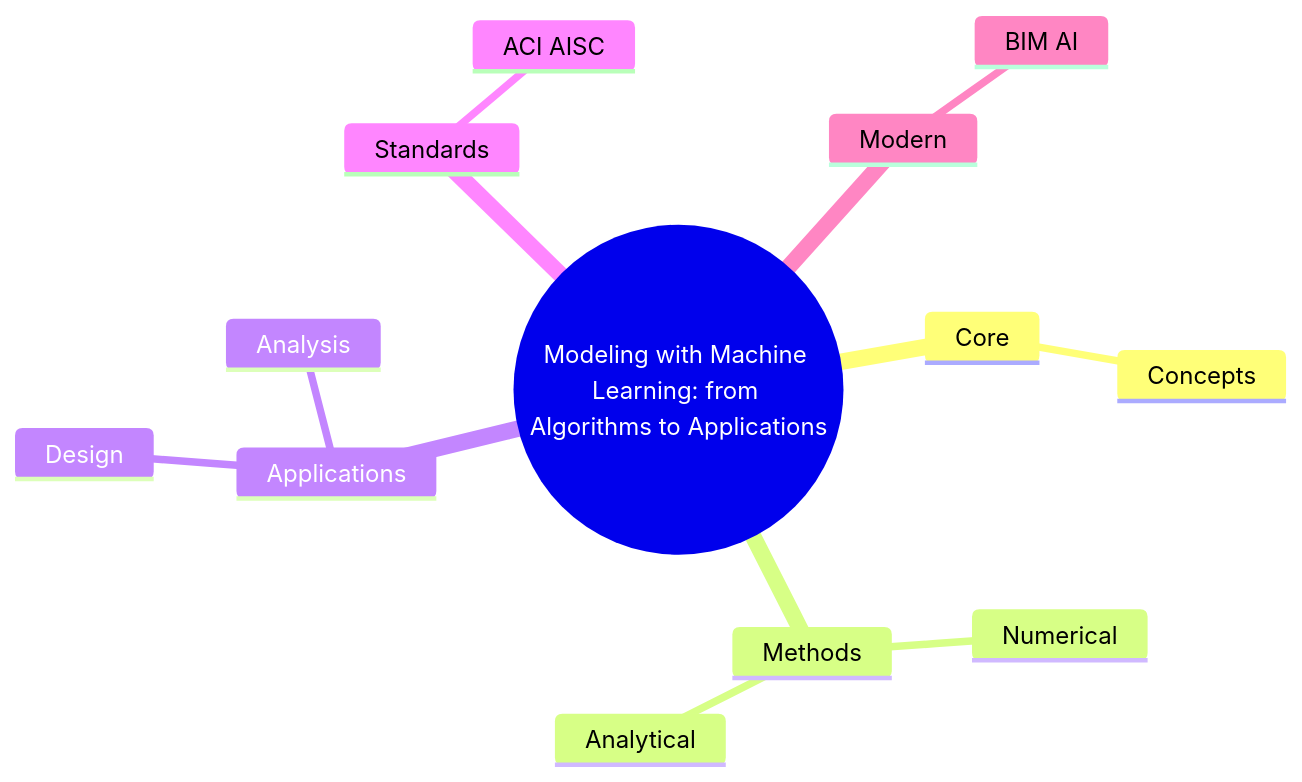
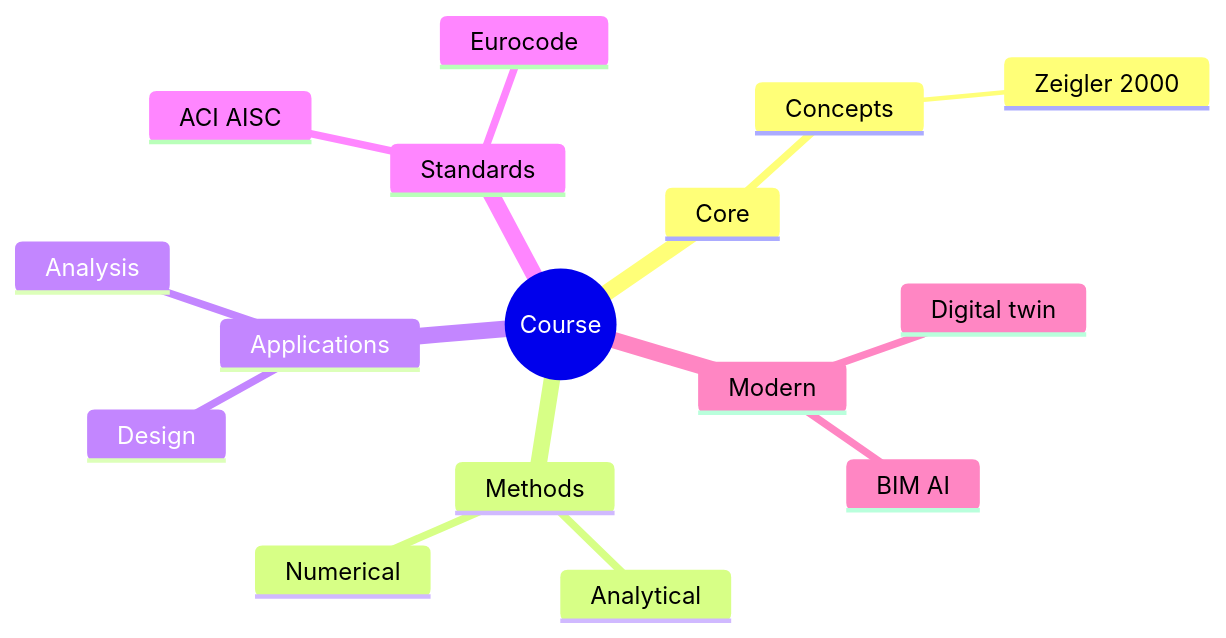
One commit to yip-lgtm/civil-bootcamp changed the second of 6 diagrams in MIT_CEE_UREs/6.402_Modeling_with_Machine_Learning.md. Above: the diagram before and after it, drawn with Mermaid. The commit also changed other lines of this file and 56 other files, not shown here.

````diff
--- a/MIT_CEE_UREs/6.402_Modeling_with_Machine_Learning.md
+++ b/MIT_CEE_UREs/6.402_Modeling_with_Machine_Learning.md
@@ -263,16 +443,19 @@
 ```mermaid
 mindmap
-    root((Modeling with Machine Learning: from Algorithms to Applications))
-      Core
-        Concepts
-      Methods
-        Analytical
-        Numerical
-      Applications
-        Design
-        Analysis
-      Standards
-        ACI AISC
-      Modern
-        BIM AI
+  root((Course))
+    Core
+      Concepts
+        Zeigler 2000
+    Methods
+      Analytical
+      Numerical
+    Applications
+      Design
+      Analysis
+    Standards
+      ACI AISC
+      Eurocode
+    Modern
+      BIM AI
+      Digital twin
 ```
````
